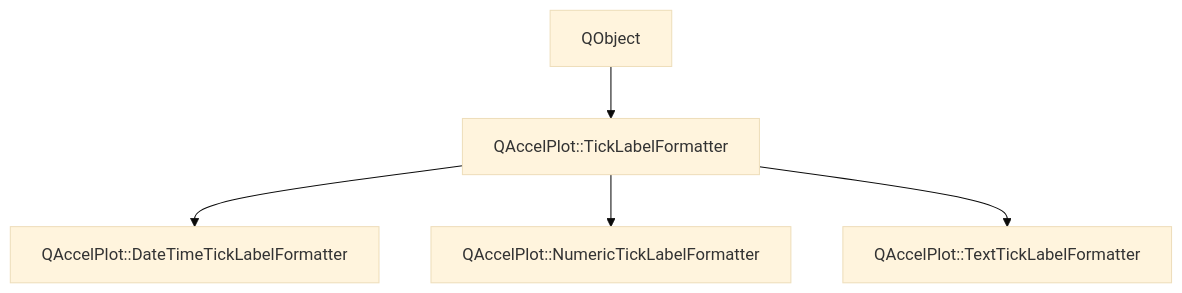
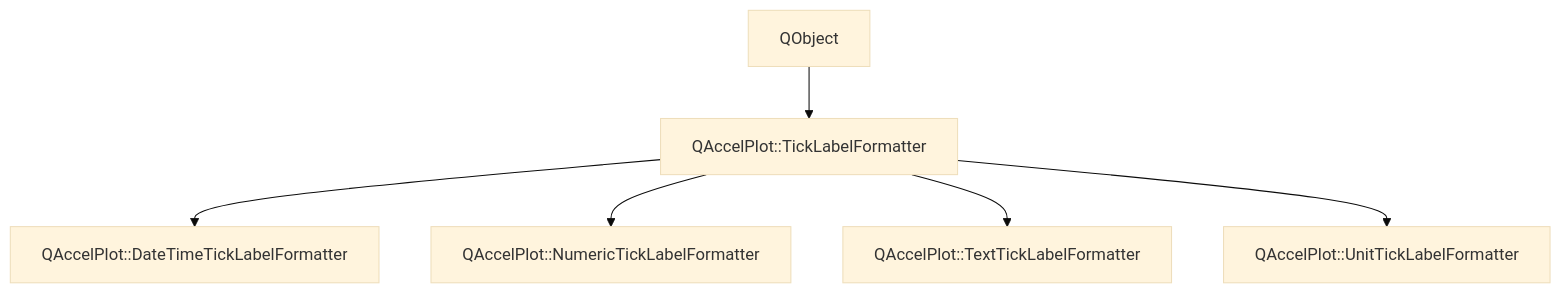
One commit to michalgrabarczyk/QAccelPlot changed the diagram in main/assets/.doxy/QAccelPlot/api/classQAccelPlot_1_1TickLabelFormatter.md. Above: the diagram before and after it, drawn with Mermaid (base theme). The commit also changed other lines of this file and 136 other files, not shown here.

````diff
--- a/main/assets/.doxy/QAccelPlot/api/classQAccelPlot_1_1TickLabelFormatter.md
+++ b/main/assets/.doxy/QAccelPlot/api/classQAccelPlot_1_1TickLabelFormatter.md
@@ -32,20 +32,24 @@
 ```mermaid
 flowchart TB
   classQAccelPlot_1_1TickLabelFormatter["QAccelPlot::TickLabelFormatter"]
 
   external_base_classQAccelPlot_1_1TickLabelFormatter_1["QObject"]
   external_base_classQAccelPlot_1_1TickLabelFormatter_1 --> classQAccelPlot_1_1TickLabelFormatter
 
   classQAccelPlot_1_1DateTimeTickLabelFormatter["QAccelPlot::DateTimeTickLabelFormatter"]
   classQAccelPlot_1_1TickLabelFormatter --> classQAccelPlot_1_1DateTimeTickLabelFormatter
   click classQAccelPlot_1_1DateTimeTickLabelFormatter "../classQAccelPlot_1_1DateTimeTickLabelFormatter/" "Open QAccelPlot::DateTimeTickLabelFormatter"
 
   classQAccelPlot_1_1NumericTickLabelFormatter["QAccelPlot::NumericTickLabelFormatter"]
   classQAccelPlot_1_1TickLabelFormatter --> classQAccelPlot_1_1NumericTickLabelFormatter
   click classQAccelPlot_1_1NumericTickLabelFormatter "../classQAccelPlot_1_1NumericTickLabelFormatter/" "Open QAccelPlot::NumericTickLabelFormatter"
 
   classQAccelPlot_1_1TextTickLabelFormatter["QAccelPlot::TextTickLabelFormatter"]
   classQAccelPlot_1_1TickLabelFormatter --> classQAccelPlot_1_1TextTickLabelFormatter
   click classQAccelPlot_1_1TextTickLabelFormatter "../classQAccelPlot_1_1TextTickLabelFormatter/" "Open QAccelPlot::TextTickLabelFormatter"
 
+  classQAccelPlot_1_1UnitTickLabelFormatter["QAccelPlot::UnitTickLabelFormatter"]
+  classQAccelPlot_1_1TickLabelFormatter --> classQAccelPlot_1_1UnitTickLabelFormatter
+  click classQAccelPlot_1_1UnitTickLabelFormatter "../classQAccelPlot_1_1UnitTickLabelFormatter/" "Open QAccelPlot::UnitTickLabelFormatter"
+
 ```
````
